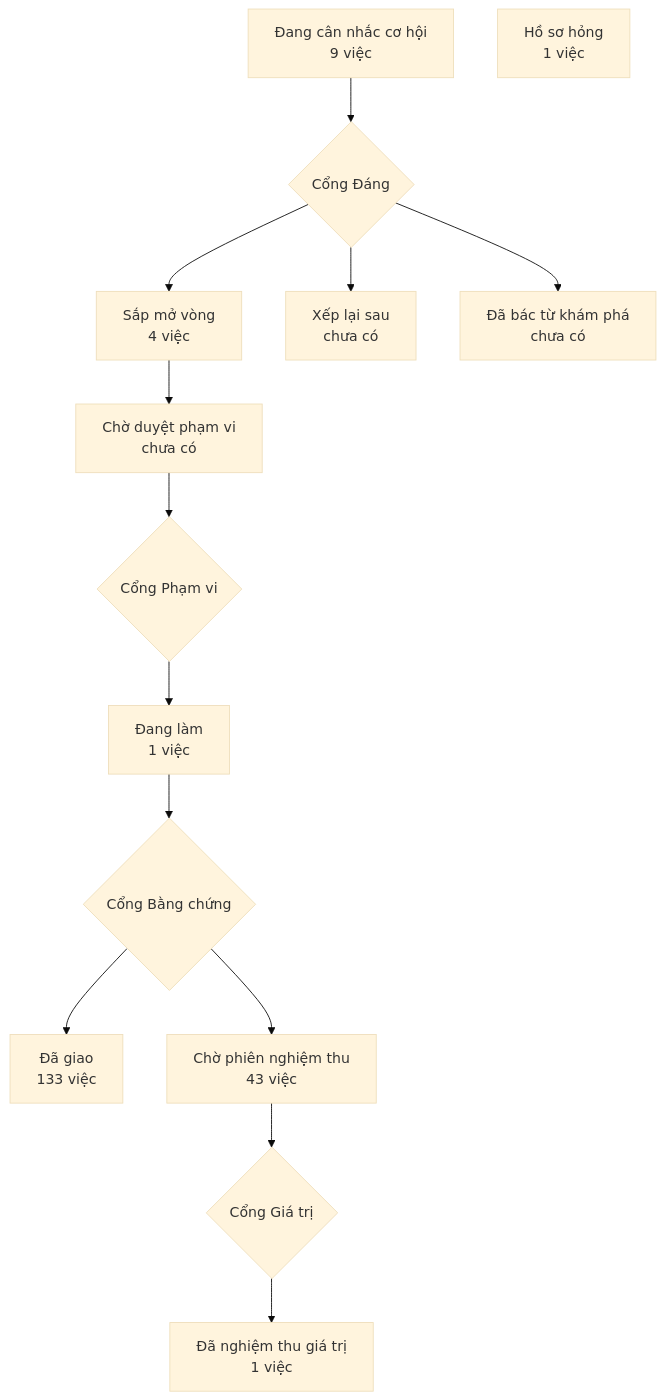
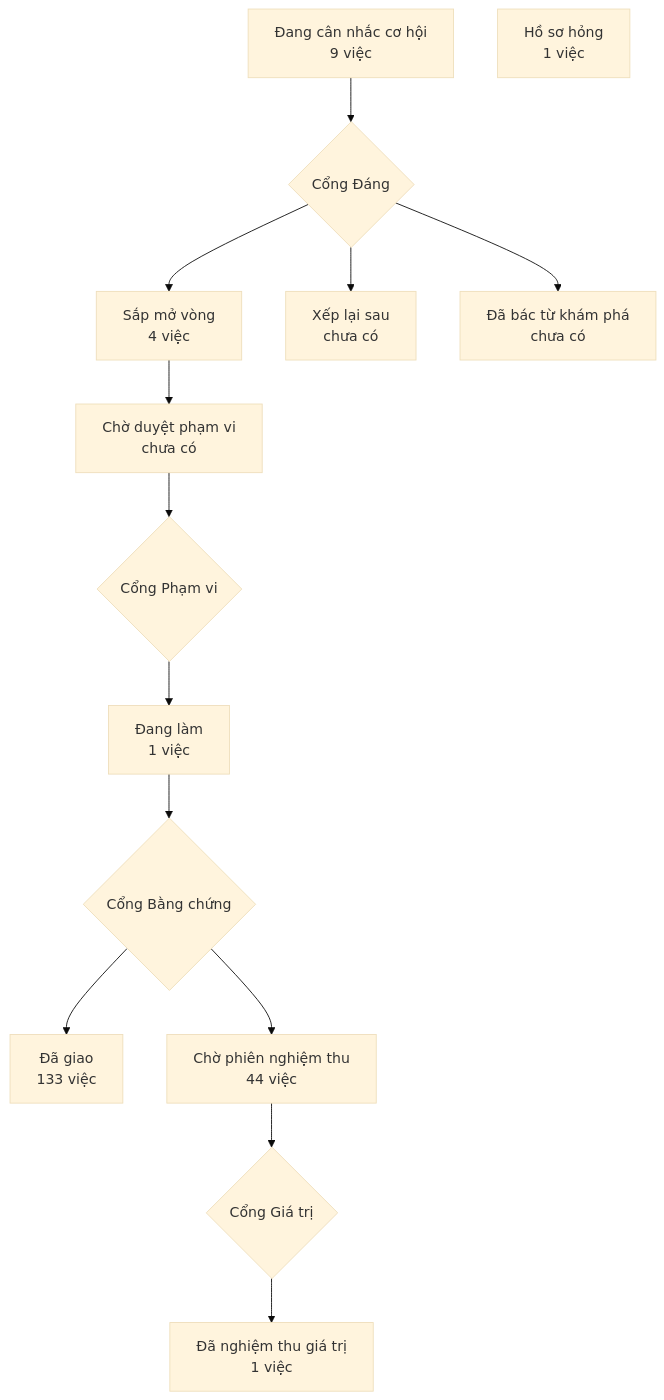
One commit to phanlemanh/crm-onehub changed the diagram in PRODUCT-MAP.md. Above: the diagram before and after it, drawn with Mermaid (base theme). The commit also changed 1 other file, not shown here.

Commit message:
chore: vẽ lại bản đồ sản phẩm sau khi gộp onehub

````diff
--- a/PRODUCT-MAP.md
+++ b/PRODUCT-MAP.md
@@ -7,13 +7,13 @@
 ```mermaid
 flowchart TD
   A["Đang cân nhắc cơ hội<br/>9 việc"] --> GD{"Cổng Đáng"}
   GD --> B["Sắp mở vòng<br/>4 việc"]
   GD --> XL["Xếp lại sau<br/>chưa có"]
   GD --> DB["Đã bác từ khám phá<br/>chưa có"]
   B --> CD["Chờ duyệt phạm vi<br/>chưa có"] --> GP{"Cổng Phạm vi"}
   GP --> DL["Đang làm<br/>1 việc"] --> GB{"Cổng Bằng chứng"}
   GB --> DG["Đã giao<br/>133 việc"]
-  GB --> CN["Chờ phiên nghiệm thu<br/>43 việc"] --> GG{"Cổng Giá trị"}
+  GB --> CN["Chờ phiên nghiệm thu<br/>44 việc"] --> GG{"Cổng Giá trị"}
   GG --> NT["Đã nghiệm thu giá trị<br/>1 việc"]
   HS["Hồ sơ hỏng<br/>1 việc"]
 ```
````
